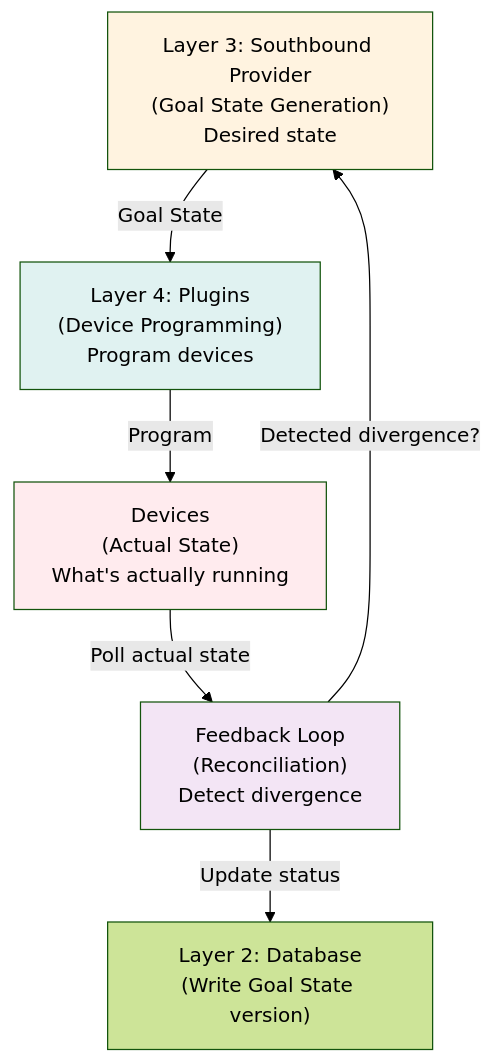
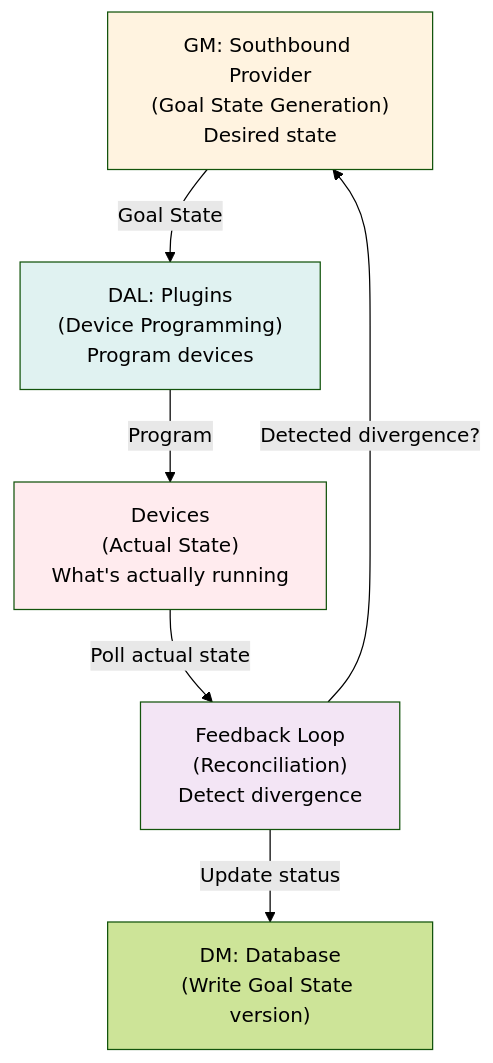
Before and after one commit to rashmirrout/DashFabric: the first of 4 diagrams in docs/FM-Designs/FM_DESIGN_FEEDBACK_RECONCILIATION_SUPER_ENHANCED.md, drawn with Mermaid (forest theme). The commit also changed other lines of this file and 32 other files, not shown here.

````diff
--- a/docs/FM-Designs/FM_DESIGN_FEEDBACK_RECONCILIATION_SUPER_ENHANCED.md
+++ b/docs/FM-Designs/FM_DESIGN_FEEDBACK_RECONCILIATION_SUPER_ENHANCED.md
@@ -51,23 +51,23 @@
 ```mermaid
 graph TB
-    L3["Layer 3: Southbound Provider<br/>(Goal State Generation)<br/>Desired state"]
+    L3["GM: Southbound Provider<br/>(Goal State Generation)<br/>Desired state"]
     
-    L4["Layer 4: Plugins<br/>(Device Programming)<br/>Program devices"]
+    L4["DAL: Plugins<br/>(Device Programming)<br/>Program devices"]
     
     Devices["Devices<br/>(Actual State)<br/>What's actually running"]
     
     Feedback["Feedback Loop<br/>(Reconciliation)<br/>Detect divergence"]
     
-    L2["Layer 2: Database<br/>(Write Goal State version)"]
+    L2["DM: Database<br/>(Write Goal State version)"]
     
     L3 -->|"Goal State"| L4
     L4 -->|"Program"| Devices
     Devices -->|"Poll actual state"| Feedback
     Feedback -->|"Detected divergence?"| L3
     Feedback -->|"Update status"| L2
     
     style L3 fill:#fff3e0
     style L4 fill:#e0f2f1
     style Devices fill:#ffebee
     style Feedback fill:#f3e5f5
 ```
````
